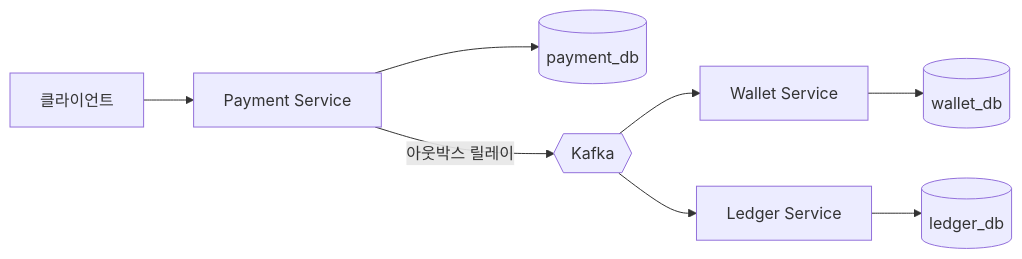
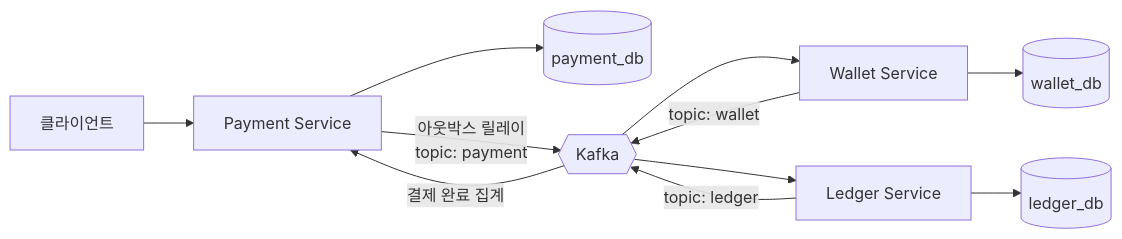
One commit to HJC96/deep-dive changed the diagram in labs/payment-system/README.md. Above: the diagram before and after it, drawn with Mermaid. The commit also changed other lines of this file and 14 other files, not shown here.

````diff
--- a/labs/payment-system/README.md
+++ b/labs/payment-system/README.md
@@ -15,10 +17,13 @@
 ```mermaid
 flowchart LR
     Client[클라이언트] --> Payment[Payment Service]
     Payment --> PaymentDB[(payment_db)]
-    Payment -->|아웃박스 릴레이| Kafka{{Kafka}}
+    Payment -->|아웃박스 릴레이<br/>topic: payment| Kafka{{Kafka}}
     Kafka --> Wallet[Wallet Service]
     Wallet --> WalletDB[(wallet_db)]
     Kafka --> Ledger[Ledger Service]
     Ledger --> LedgerDB[(ledger_db)]
+    Wallet -->|topic: wallet| Kafka
+    Ledger -->|topic: ledger| Kafka
+    Kafka -->|결제 완료 집계| Payment
 ```
````
